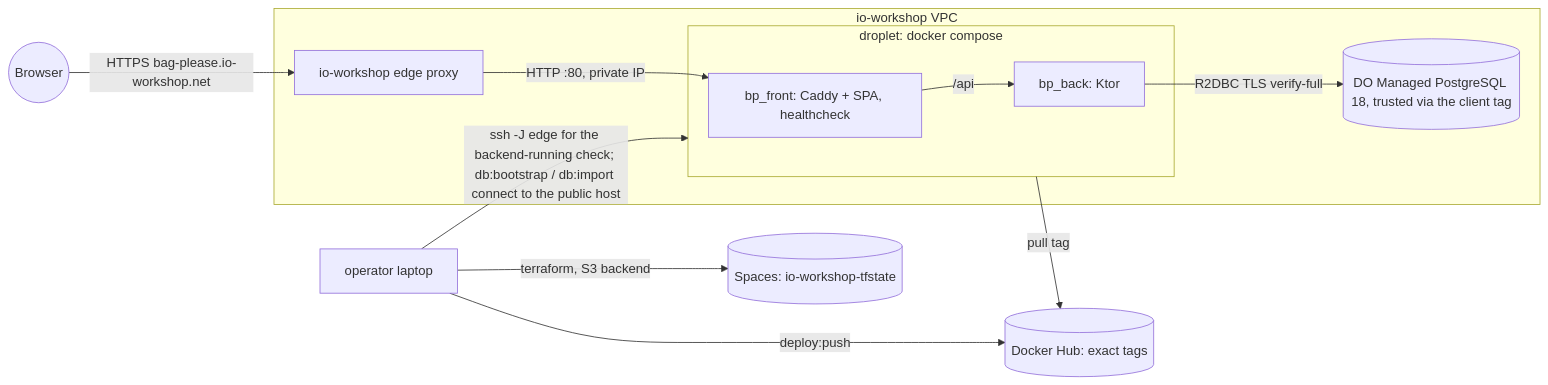
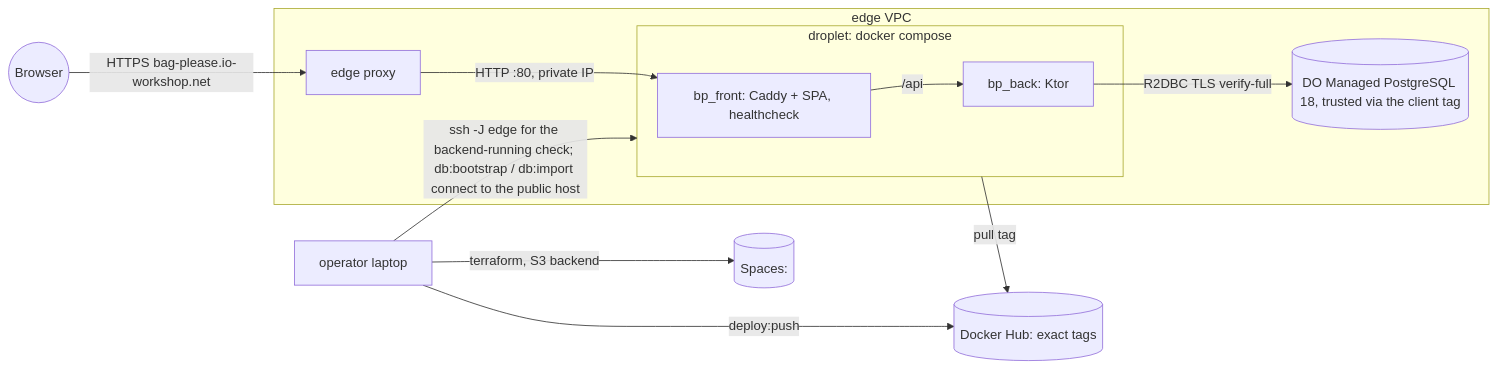
The third of 4 diagrams in _bmad-output/planning-artifacts/architecture/architecture-epic-11/ARCHITECTURE-SPINE.md (MustD/bag-please), drawn with Mermaid before and after one commit. The commit also changed other lines of this file and 54 other files, not shown here.

````diff
--- a/_bmad-output/planning-artifacts/architecture/architecture-epic-11/ARCHITECTURE-SPINE.md
+++ b/_bmad-output/planning-artifacts/architecture/architecture-epic-11/ARCHITECTURE-SPINE.md
@@ -425,15 +425,15 @@
 ```mermaid
 flowchart LR
-  User((Browser)) -->|HTTPS bag-please.io-workshop.net| Edge[io-workshop edge proxy]
-  subgraph VPC[io-workshop VPC]
+  User((Browser)) -->|HTTPS bag-please.io-workshop.net| Edge[edge proxy]
+  subgraph VPC[edge VPC]
     Edge -->|HTTP :80, private IP| Caddy
     subgraph Droplet[droplet: docker compose]
       Caddy[bp_front: Caddy + SPA, healthcheck] -->|/api| Back[bp_back: Ktor]
     end
     Back -->|R2DBC TLS verify-full| DB[(DO Managed PostgreSQL 18, trusted via the client tag)]
   end
   Op[operator laptop] -->|ssh -J edge for the backend-running check; db:bootstrap / db:import connect to the public host| Droplet
-  Op -->|terraform, S3 backend| Spaces[(Spaces: io-workshop-tfstate)]
+  Op -->|terraform, S3 backend| Spaces[(Spaces: <state bucket>)]
   Op -->|deploy:push| Hub[(Docker Hub: exact tags)]
   Droplet -->|pull tag| Hub
 ```
````
